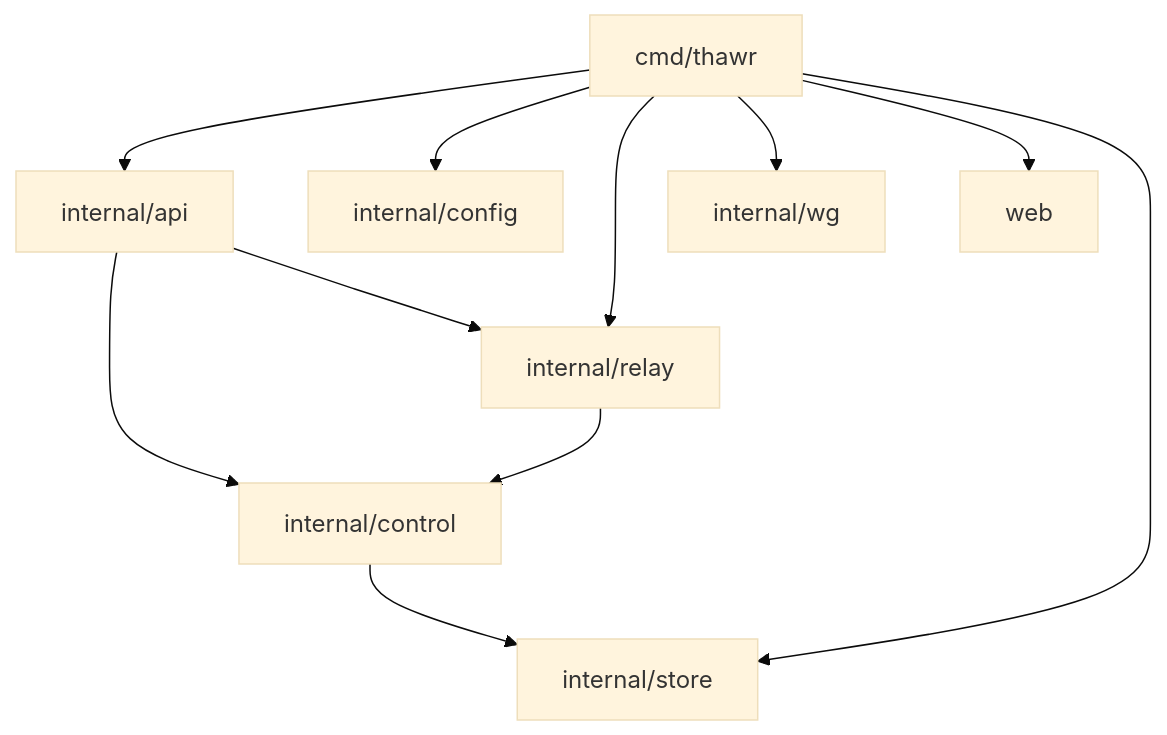
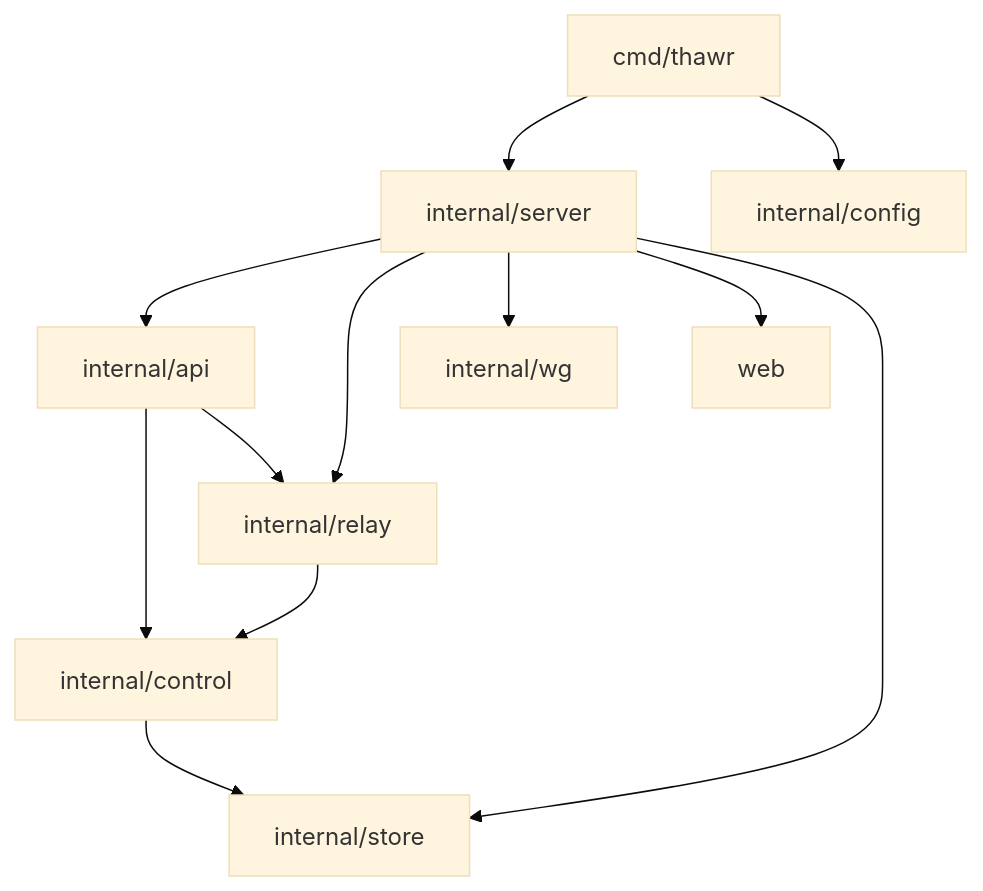
One commit to thedatadudech/Thawr changed the second of 5 diagrams in docs/ARCHITECTURE.md. Above: the diagram before and after it, drawn with Mermaid (base theme). The commit also changed other lines of this file and 3 other files, not shown here.

````diff
--- a/docs/ARCHITECTURE.md
+++ b/docs/ARCHITECTURE.md
@@ -58,13 +59,14 @@
 ```mermaid
 flowchart TD
-  CMD[cmd/thawr] --> API[internal/api]
+  CMD[cmd/thawr] --> SRV[internal/server]
   CMD --> CFG[internal/config]
-  CMD --> RELAY[internal/relay]
-  CMD --> WG[internal/wg]
-  CMD --> WEB[web]
+  SRV --> API[internal/api]
+  SRV --> RELAY[internal/relay]
+  SRV --> WG[internal/wg]
+  SRV --> WEB[web]
+  SRV --> STORE[internal/store]
   API --> CTRL[internal/control]
   API --> RELAY
-  CTRL --> STORE[internal/store]
+  CTRL --> STORE
   RELAY --> CTRL
-  CMD --> STORE
 ```
````
